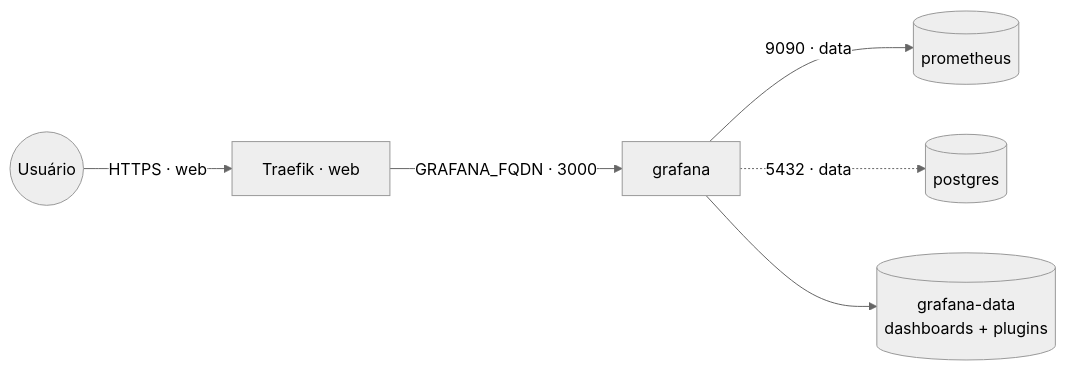
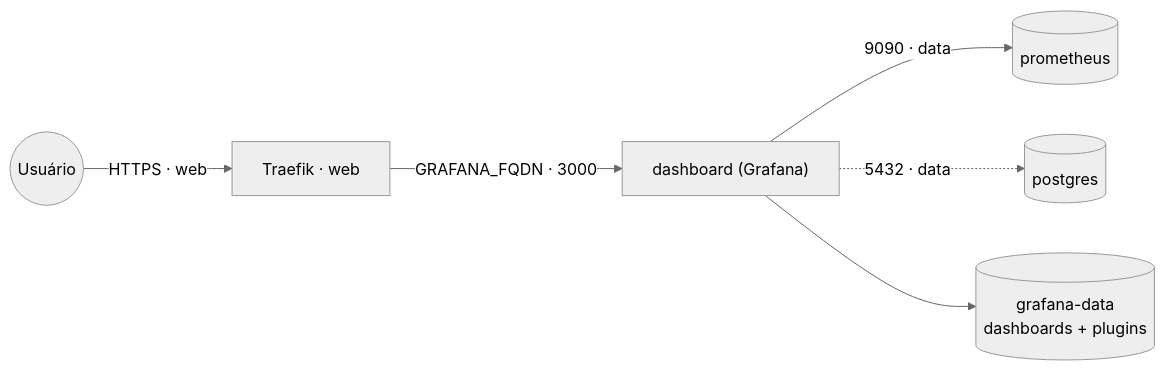
Before and after one commit to marcelofmatos/portainer-stacks: the diagram in grafana/README.md, drawn with Mermaid (neutral theme). The commit also changed 2 other files, not shown here.

Commit message:
grafana: renomeia o serviço interno para `dashboard`

````diff
--- a/grafana/README.md
+++ b/grafana/README.md
@@ -13,8 +13,8 @@
 ```mermaid
 flowchart LR
     user((Usuário)) -->|HTTPS · web| traefik[Traefik · web]
-    traefik -->|GRAFANA_FQDN · 3000| grafana[grafana]
-    grafana -->|9090 · data| prom[(prometheus)]
-    grafana -.->|5432 · data| pg[(postgres)]
-    grafana --> vol[(grafana-data<br/>dashboards + plugins)]
+    traefik -->|GRAFANA_FQDN · 3000| dashboard["dashboard (Grafana)"]
+    dashboard -->|9090 · data| prom[(prometheus)]
+    dashboard -.->|5432 · data| pg[(postgres)]
+    dashboard --> vol[(grafana-data<br/>dashboards + plugins)]
 ```
````
